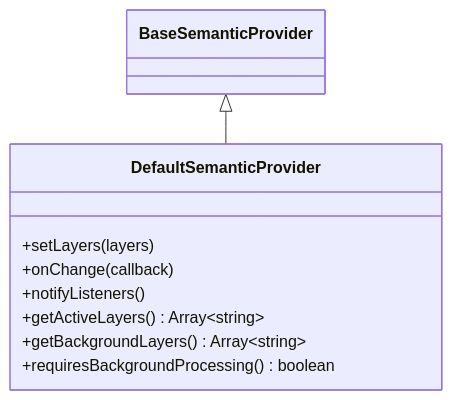
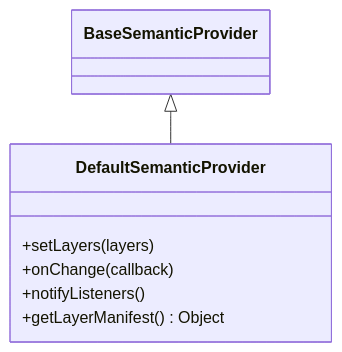
Before and after one commit to DrMarcoGilardi/BRANI-360: the eighth of 49 diagrams in docs/CLIENT_DOCS.md, drawn with Mermaid. The commit also changed other lines of this file and 1 other file, not shown here.

````diff
--- a/docs/CLIENT_DOCS.md
+++ b/docs/CLIENT_DOCS.md
@@ -172,12 +172,10 @@
 ```mermaid
 classDiagram
 BaseSemanticProvider <|-- DefaultSemanticProvider
 class DefaultSemanticProvider{
 +setLayers(layers)
 +onChange(callback)
 +notifyListeners()
-+getActiveLayers() Array~string~
-+getBackgroundLayers() Array~string~
-+requiresBackgroundProcessing() boolean
++getLayerManifest() Object
 }
 ```
````
